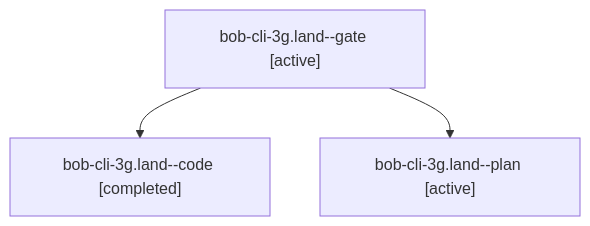
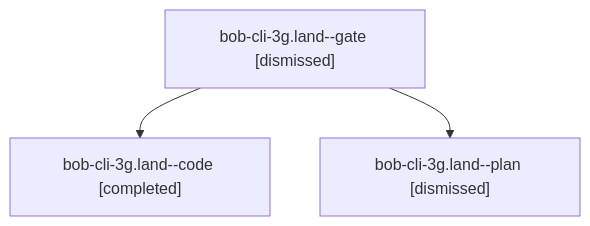
One commit to bobs-org/bob-cli--agents changed the diagram in sessions/bbugyi200.athena.bob-cli-3g.land.md. Above: the diagram before and after it, drawn with Mermaid. The commit also changed other lines of this file and 54 other files, not shown here.

````diff
--- a/sessions/bbugyi200.athena.bob-cli-3g.land.md
+++ b/sessions/bbugyi200.athena.bob-cli-3g.land.md
@@ -9,8 +9,8 @@
 ```mermaid
 flowchart TD
-  n0["bob-cli-3g.land--gate [active]"]
+  n0["bob-cli-3g.land--gate [dismissed]"]
   n1["bob-cli-3g.land--code [completed]"]
   n0 --> n1
-  n2["bob-cli-3g.land--plan [active]"]
+  n2["bob-cli-3g.land--plan [dismissed]"]
   n0 --> n2
 ```
````
